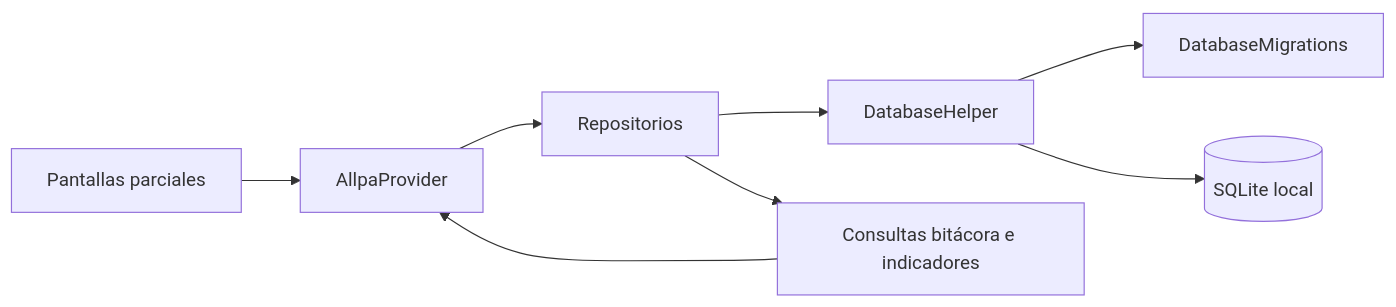
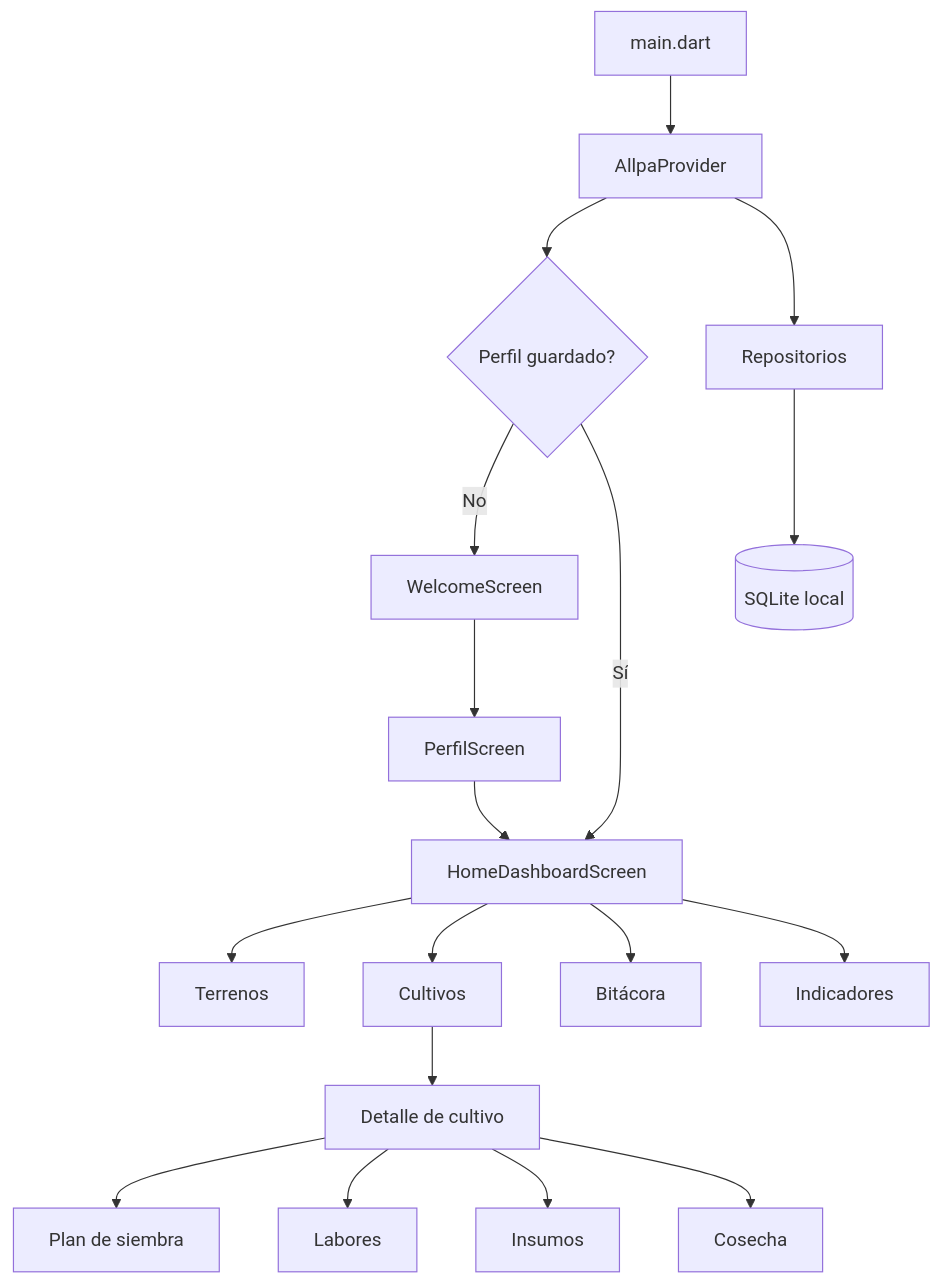
Before and after one commit to GimenaSaEs/ALLPA_APP: the first of 2 diagrams in documentacion_tesis/03_diagramas/DIAGRAMAS.md, drawn with Mermaid. The commit also changed other lines of this file and 65 other files, not shown here.

````diff
--- a/documentacion_tesis/03_diagramas/DIAGRAMAS.md
+++ b/documentacion_tesis/03_diagramas/DIAGRAMAS.md
@@ -5,10 +5,20 @@
 ```mermaid
-flowchart LR
-  UI[Pantallas parciales] --> P[AllpaProvider]
-  P --> R[Repositorios]
-  R --> H[DatabaseHelper]
-  H --> M[DatabaseMigrations]
-  H --> DB[(SQLite local)]
-  R --> C[Consultas bitácora e indicadores]
-  C --> P
+flowchart TD
+  M[main.dart] --> P[AllpaProvider]
+  P --> I{Perfil guardado?}
+  I -->|No| W[WelcomeScreen]
+  W --> F[PerfilScreen]
+  I -->|Sí| H[HomeDashboardScreen]
+  F --> H
+  H --> T[Terrenos]
+  H --> C[Cultivos]
+  H --> B[Bitácora]
+  H --> R[Indicadores]
+  C --> D[Detalle de cultivo]
+  D --> PS[Plan de siembra]
+  D --> L[Labores]
+  D --> N[Insumos]
+  D --> CO[Cosecha]
+  P --> RE[Repositorios]
+  RE --> DB[(SQLite local)]
 ```
````
